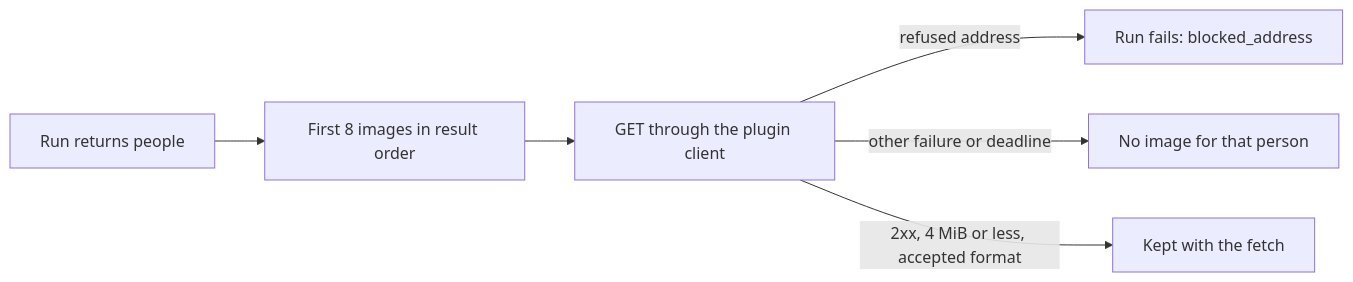
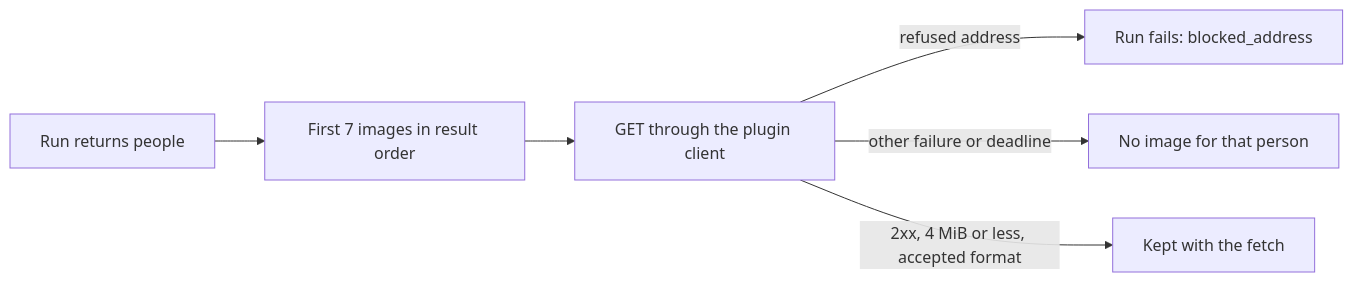
One commit to syudead/vv changed the diagram in specs/060-person-profiles/contracts/work-info-plugin.md. Above: the diagram before and after it, drawn with Mermaid. The commit also changed 3 other files, not shown here.

````diff
--- a/specs/060-person-profiles/contracts/work-info-plugin.md
+++ b/specs/060-person-profiles/contracts/work-info-plugin.md
@@ -22,8 +22,8 @@
 ```mermaid
 flowchart LR
-  run[Run returns people] --> pick[First 8 images in result order]
+  run[Run returns people] --> pick[First 7 images in result order]
   pick --> get[GET through the plugin client]
   get -->|refused address| fail[Run fails: blocked_address]
   get -->|other failure or deadline| drop[No image for that person]
   get -->|2xx, 4 MiB or less, accepted format| keep[Kept with the fetch]
 ```
````
